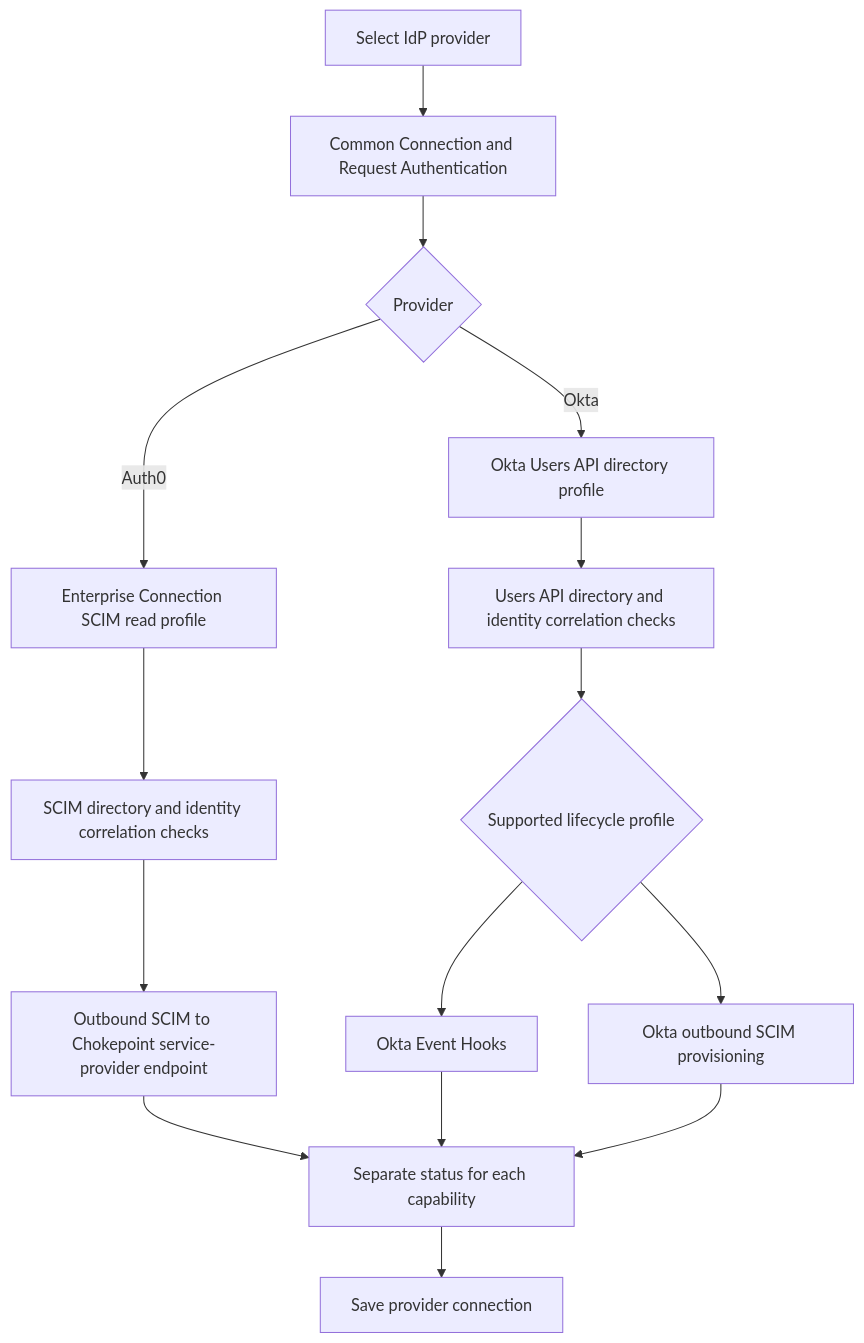
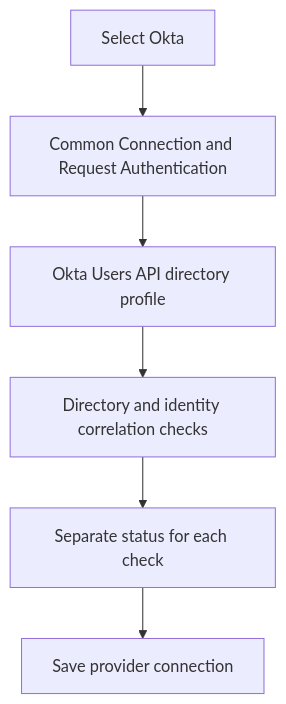
One commit to fagnermourafeitosa/chokepoint-admin changed the first of 2 diagrams in specs/013-2026-10-28-okta-auth0-people-selection-and-provider-configuration.md. Above: the diagram before and after it, drawn with Mermaid. The commit also changed other lines of this file and 2 other files, not shown here.

First line of the commit message:
docs: specify removal of lifecycle sync screen and Google warnings

````diff
--- a/specs/013-2026-10-28-okta-auth0-people-selection-and-provider-configuration.md
+++ b/specs/013-2026-10-28-okta-auth0-people-selection-and-provider-configuration.md
@@ -70,17 +56,8 @@
 ```mermaid
 flowchart TB
-  Start[Select IdP provider] --> Shared[Common Connection and Request Authentication]
-  Shared --> Choice{Provider}
-  Choice -->|Auth0| ADir[Enterprise Connection SCIM read profile]
-  Choice -->|Okta| ODir[Okta Users API directory profile]
-  ADir --> ACheck[SCIM directory and identity correlation checks]
-  ODir --> OCheck[Users API directory and identity correlation checks]
-  ACheck --> ALife[Outbound SCIM to Chokepoint service-provider endpoint]
-  OCheck --> OChoice{Supported lifecycle profile}
-  OChoice --> OHook[Okta Event Hooks]
-  OChoice --> OSCIM[Okta outbound SCIM provisioning]
-  ALife --> Status[Separate status for each capability]
-  OHook --> Status
-  OSCIM --> Status
+  Start[Select Okta] --> Shared[Common Connection and Request Authentication]
+  Shared --> Dir[Okta Users API directory profile]
+  Dir --> Check[Directory and identity correlation checks]
+  Check --> Status[Separate status for each check]
   Status --> Save[Save provider connection]
 ```
````
